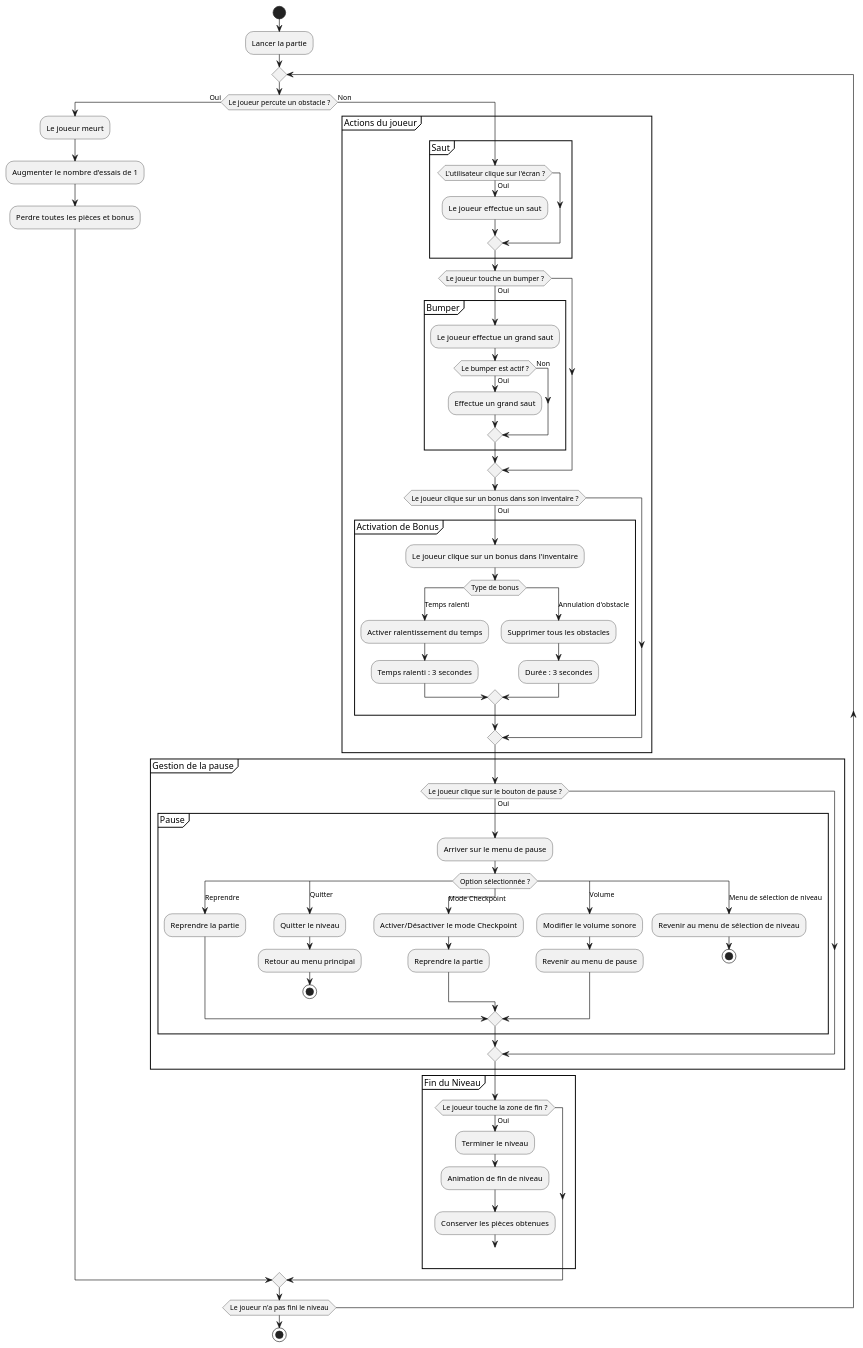
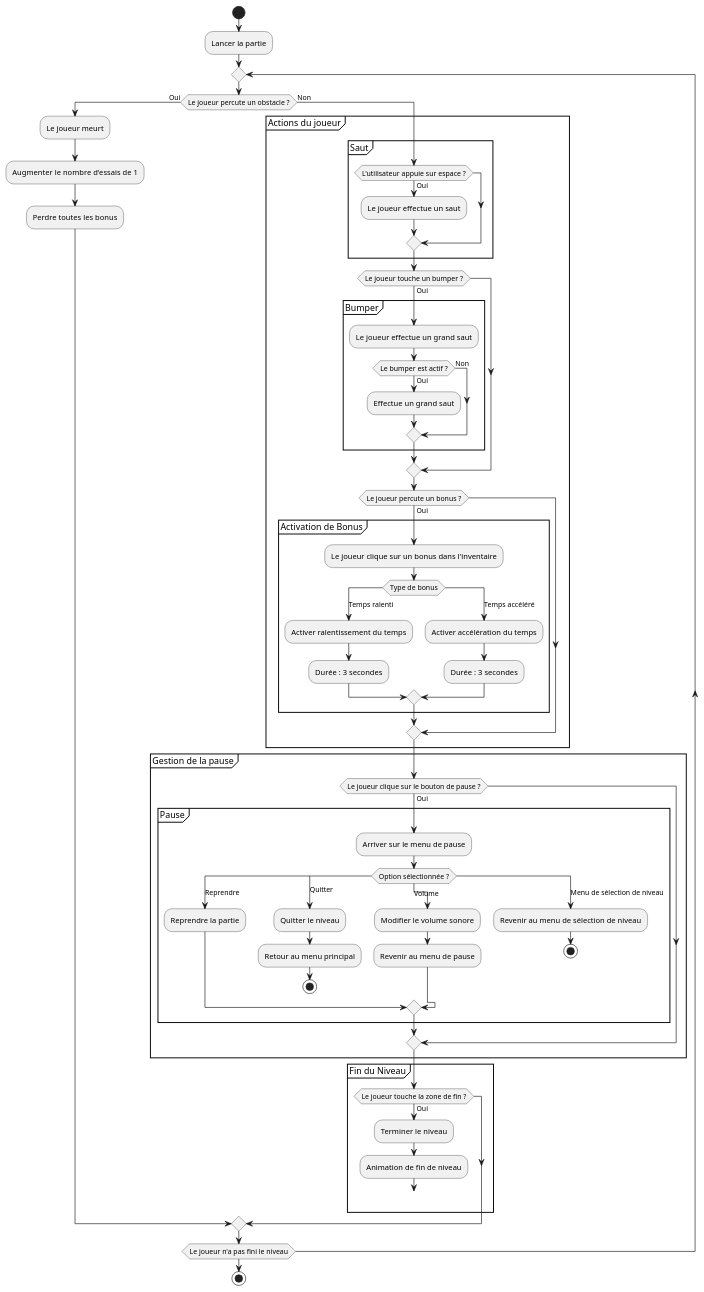
Before and after one commit to boudji-ludwig-pett/cnam-geometry-dash: the diagram in Documentation/UML/activity-diagram/activity-diagram-complete.puml, drawn with PlantUML. The commit also changed 7 other files, not shown here.

Commit message:
docs: modify activity diagram

```diff
--- a/Documentation/UML/activity-diagram/activity-diagram-complete.puml
+++ b/Documentation/UML/activity-diagram/activity-diagram-complete.puml
@@ -1,84 +1,80 @@
 @startuml Geometry Dash - Diagramme d'activités complet
 
 start
 
 :Lancer la partie;
 
 repeat
     if (Le joueur percute un obstacle ?) then (Oui)
         :Le joueur meurt;
         :Augmenter le nombre d'essais de 1;
-        :Perdre toutes les pièces et bonus;
+        :Perdre toutes les bonus;
     else (Non)
         partition "Actions du joueur" {
           group Saut
-            if (L'utilisateur clique sur l'écran ?) then (Oui)
+            if (L'utilisateur appuie sur espace ?) then (Oui)
                 :Le joueur effectue un saut;
             endif
           end group
 
             if (Le joueur touche un bumper ?) then (Oui)
                 group Bumper
                     :Le joueur effectue un grand saut;
                     if (Le bumper est actif ?) then (Oui)
                         :Effectue un grand saut;
                     else (Non)
                     endif
                 end group
             endif
 
-            if (Le joueur clique sur un bonus dans son inventaire ?) then (Oui)
+            if (Le joueur percute un bonus ?) then (Oui)
                 group Activation de Bonus
                     :Le joueur clique sur un bonus dans l'inventaire;
                     switch (Type de bonus)
                         case (Temps ralenti)
                             :Activer ralentissement du temps;
-                            :Temps ralenti : 3 secondes;
-                        case (Annulation d'obstacle)
-                            :Supprimer tous les obstacles;
+                            :Durée : 3 secondes;
+                        case (Temps accéléré)
+                            :Activer accélération du temps;
                             :Durée : 3 secondes;
                     endswitch
                 end group
             endif
         }
 
         partition "Gestion de la pause" {
             if (Le joueur clique sur le bouton de pause ?) then (Oui)
                 group Pause
                     :Arriver sur le menu de pause;
 
                     switch (Option sélectionnée ?)
                         case (Reprendre)
                             :Reprendre la partie;
                         case (Quitter)
                             :Quitter le niveau;
                             :Retour au menu principal;
                             stop
-                        case (Mode Checkpoint)
-                            :Activer/Désactiver le mode Checkpoint;
-                            :Reprendre la partie;
                         case (Volume)
                             :Modifier le volume sonore;
                             :Revenir au menu de pause;
                         case (Menu de sélection de niveau)
                             :Revenir au menu de sélection de niveau;
                             stop
                     endswitch
                 endgroup
             endif
         }
 
         partition "Fin du Niveau" {
             if (Le joueur touche la zone de fin ?) then (Oui)
                 :Terminer le niveau;
                 :Animation de fin de niveau;
-                :Conserver les pièces obtenues;
                 break
             endif
         }
     endif
 repeat while (Le joueur n'a pas fini le niveau)
 
 stop
 
 @enduml
```
